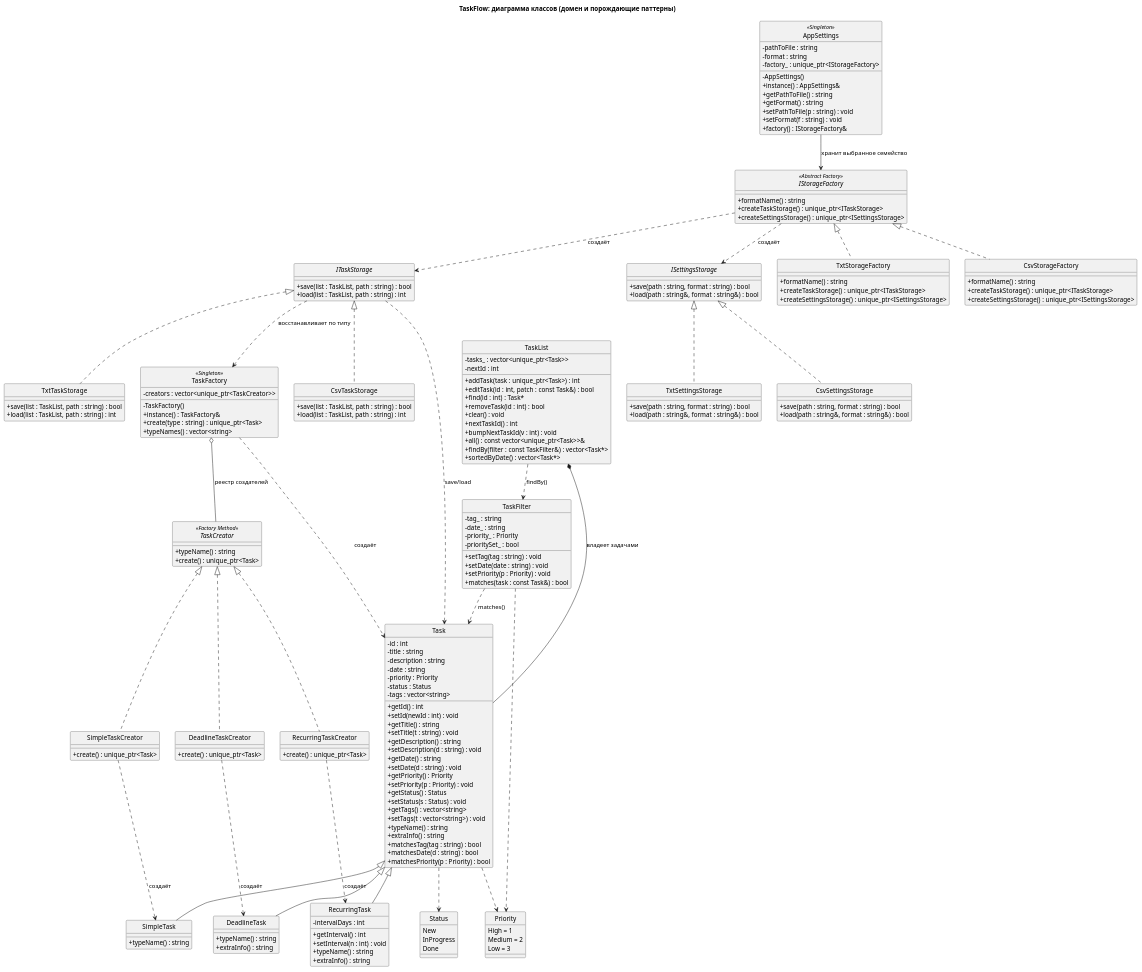
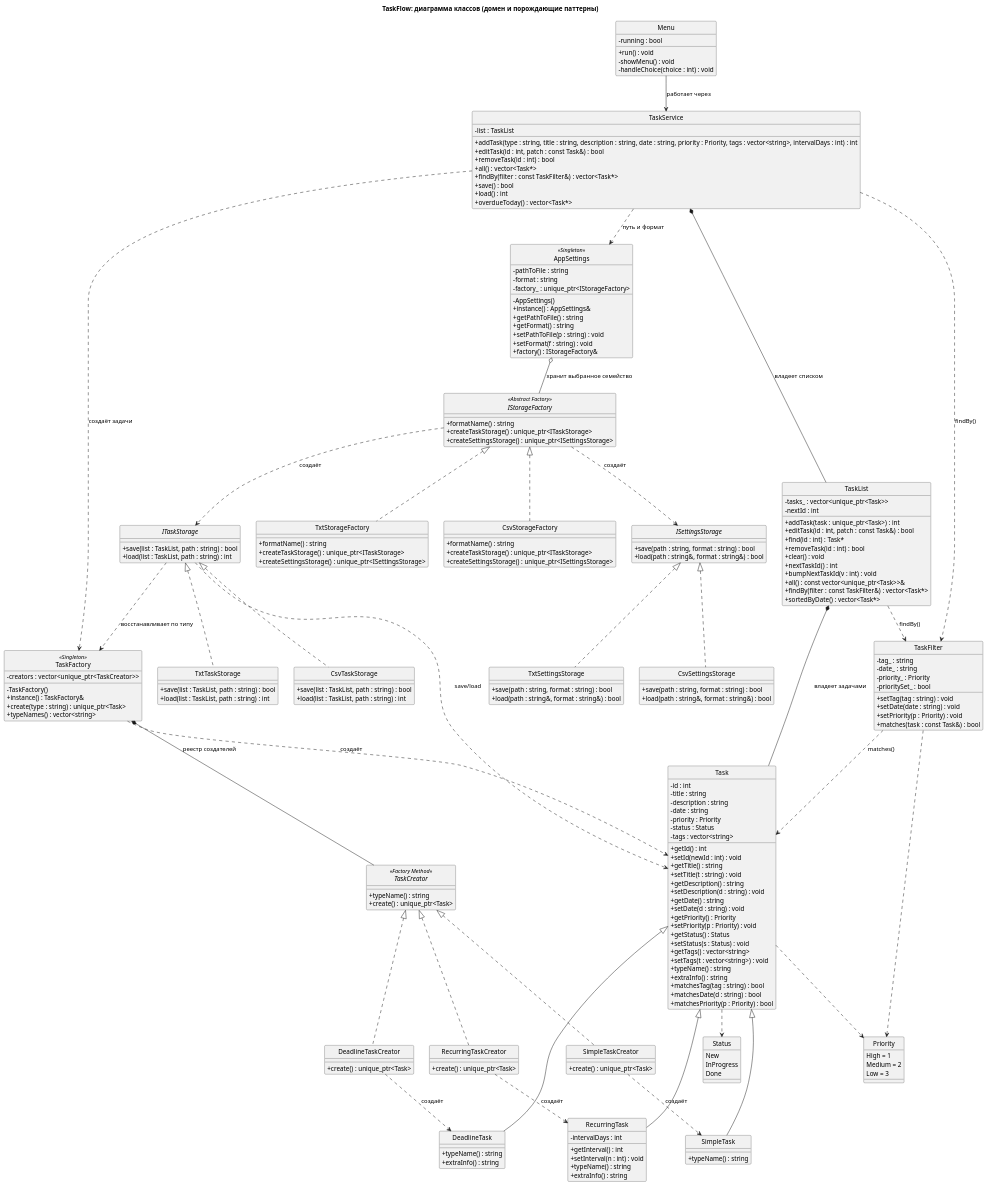
The diagram in docs/uml/02_class_domain.puml (Ruslan1209/TaskFlow), drawn with PlantUML before and after one commit.

```diff
--- a/docs/uml/02_class_domain.puml
+++ b/docs/uml/02_class_domain.puml
@@ -174,13 +174,32 @@
   + createSettingsStorage() : unique_ptr<ISettingsStorage>
 }
 
+class Menu {
+  - running : bool
+  + run() : void
+  - showMenu() : void
+  - handleChoice(choice : int) : void
+}
+
+class TaskService {
+  - list : TaskList
+  + addTask(type : string, title : string, description : string, date : string, priority : Priority, tags : vector<string>, intervalDays : int) : int
+  + editTask(id : int, patch : const Task&) : bool
+  + removeTask(id : int) : bool
+  + all() : vector<Task*>
+  + findBy(filter : const TaskFilter&) : vector<Task*>
+  + save() : bool
+  + load() : int
+  + overdueToday() : vector<Task*>
+}
+
 Task <|-- SimpleTask
 Task <|-- DeadlineTask
 Task <|-- RecurringTask
 TaskCreator <|.. SimpleTaskCreator
 TaskCreator <|.. DeadlineTaskCreator
 TaskCreator <|.. RecurringTaskCreator
-TaskFactory o-- TaskCreator : реестр создателей
+TaskFactory *-- TaskCreator : реестр создателей
 TaskFactory ..> Task : создаёт
 SimpleTaskCreator ..> SimpleTask : создаёт
 DeadlineTaskCreator ..> DeadlineTask : создаёт
@@ -190,7 +209,7 @@
 TaskList ..> TaskFilter : findBy()
 TaskFilter ..> Task : matches()
 
-AppSettings --> IStorageFactory : хранит выбранное семейство
+AppSettings o-- IStorageFactory : хранит выбранное семейство
 IStorageFactory <|.. TxtStorageFactory
 IStorageFactory <|.. CsvStorageFactory
 ITaskStorage <|.. TxtTaskStorage
@@ -204,4 +223,10 @@
 Task ..> Priority
 Task ..> Status
 TaskFilter ..> Priority
+
+Menu --> TaskService : работает через
+TaskService *-- TaskList : владеет списком
+TaskService ..> TaskFactory : создаёт задачи
+TaskService ..> AppSettings : путь и формат
+TaskService ..> TaskFilter : findBy()
 @enduml
```
